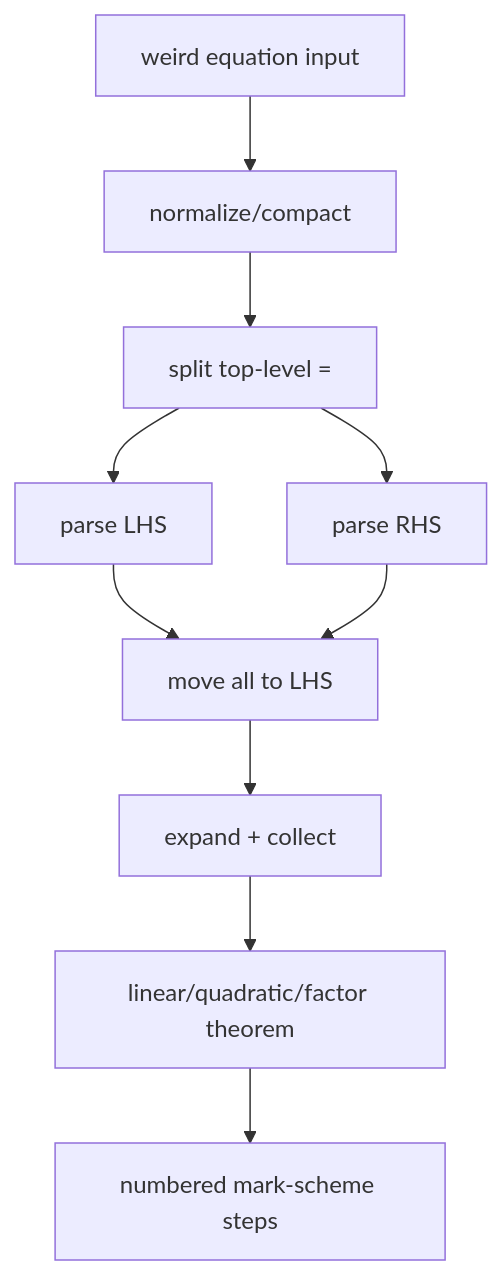
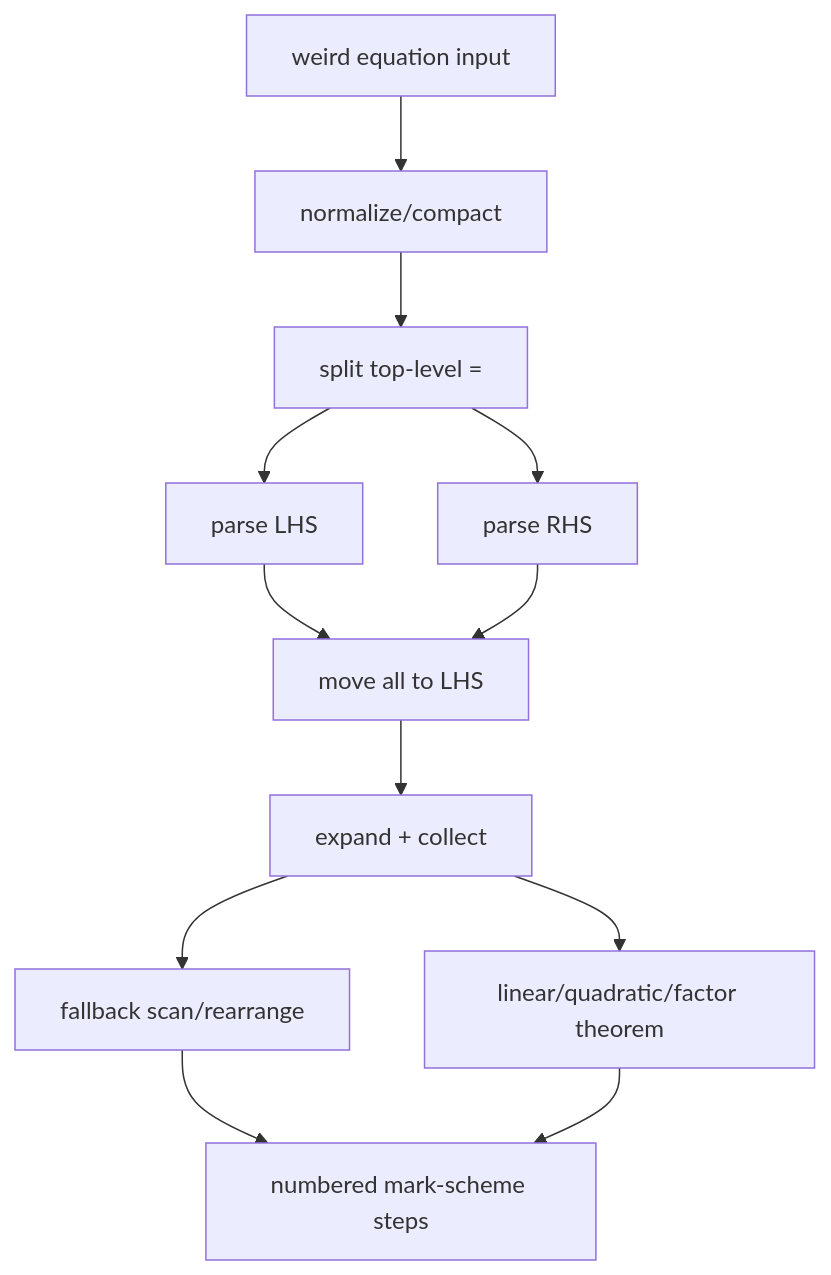
Before and after one commit to james8464/notes-addin-casio-fx-cg50: the second of 3 diagrams in c++/GRAPH.md, drawn with Mermaid. The commit also changed other lines of this file and 11 other files, not shown here.

````diff
--- a/c++/GRAPH.md
+++ b/c++/GRAPH.md
@@ -28,12 +32,14 @@
 ```mermaid
 graph TD
   In["weird equation input"] --> N["normalize/compact"]
   N --> E["split top-level ="]
   E --> L["parse LHS"]
   E --> R["parse RHS"]
   L --> M["move all to LHS"]
   R --> M
   M --> C["expand + collect"]
   C --> S["linear/quadratic/factor theorem"]
+  C --> F["fallback scan/rearrange"]
+  F --> W
   S --> W["numbered mark-scheme steps"]
 ```
````
